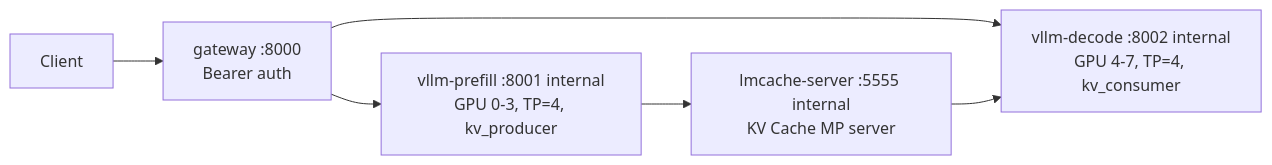
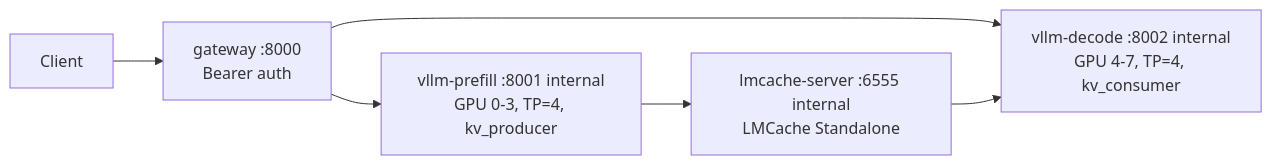
One commit to tt-52101/ai-infra changed the diagram in docs/audits/AUDIT_RESPONSE.md. Above: the diagram before and after it, drawn with Mermaid. The commit also changed other lines of this file and 10 other files, not shown here.

````diff
--- a/docs/audits/AUDIT_RESPONSE.md
+++ b/docs/audits/AUDIT_RESPONSE.md
@@ -74,8 +74,8 @@
 ```mermaid
 flowchart LR
     client["Client"] --> gateway["gateway :8000<br/>Bearer auth"]
     gateway --> prefill["vllm-prefill :8001 internal<br/>GPU 0-3, TP=4, kv_producer"]
     gateway --> decode["vllm-decode :8002 internal<br/>GPU 4-7, TP=4, kv_consumer"]
-    prefill --> lmcache["lmcache-server :5555 internal<br/>KV Cache MP server"]
+    prefill --> lmcache["lmcache-server :6555 internal<br/>LMCache Standalone"]
     lmcache --> decode
 ```
````
